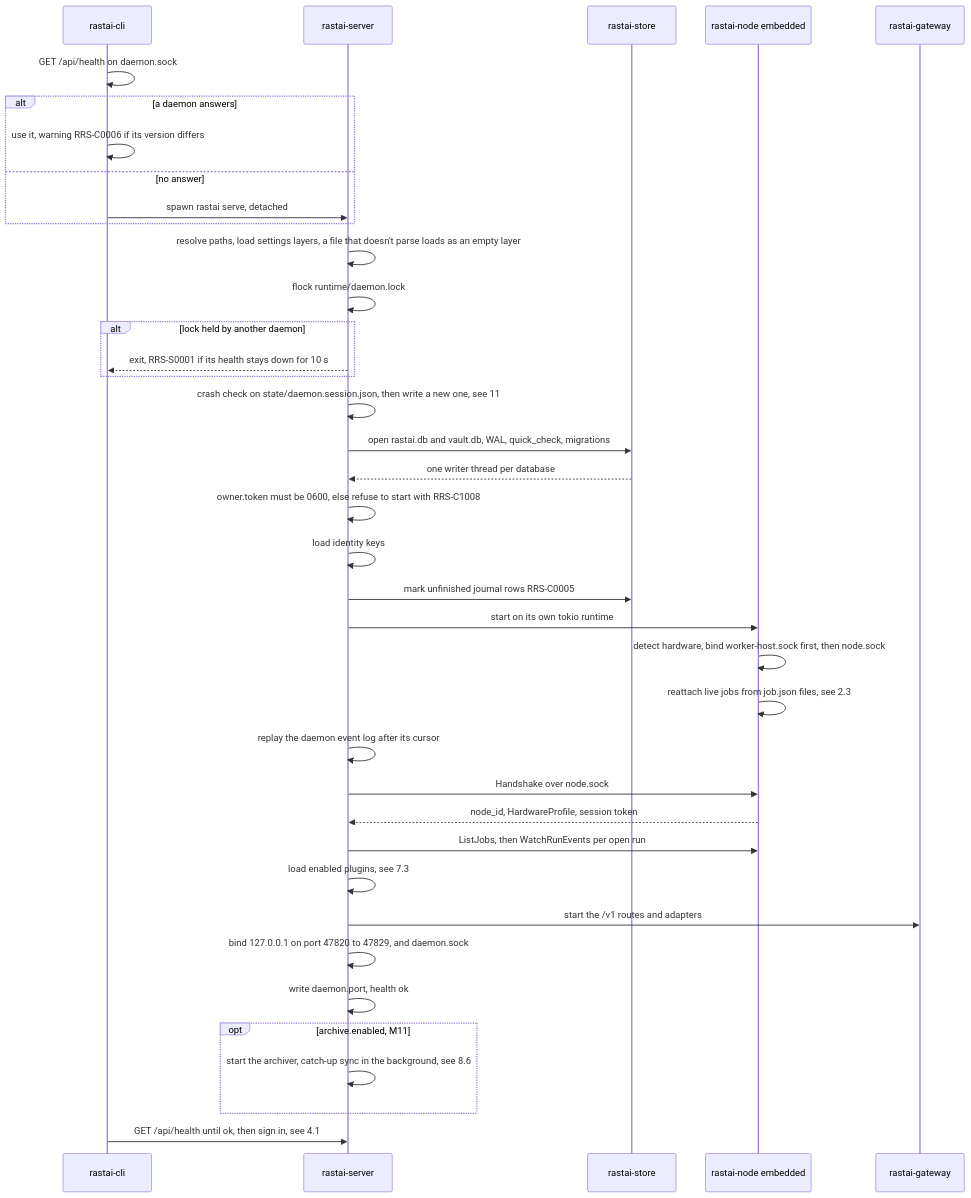
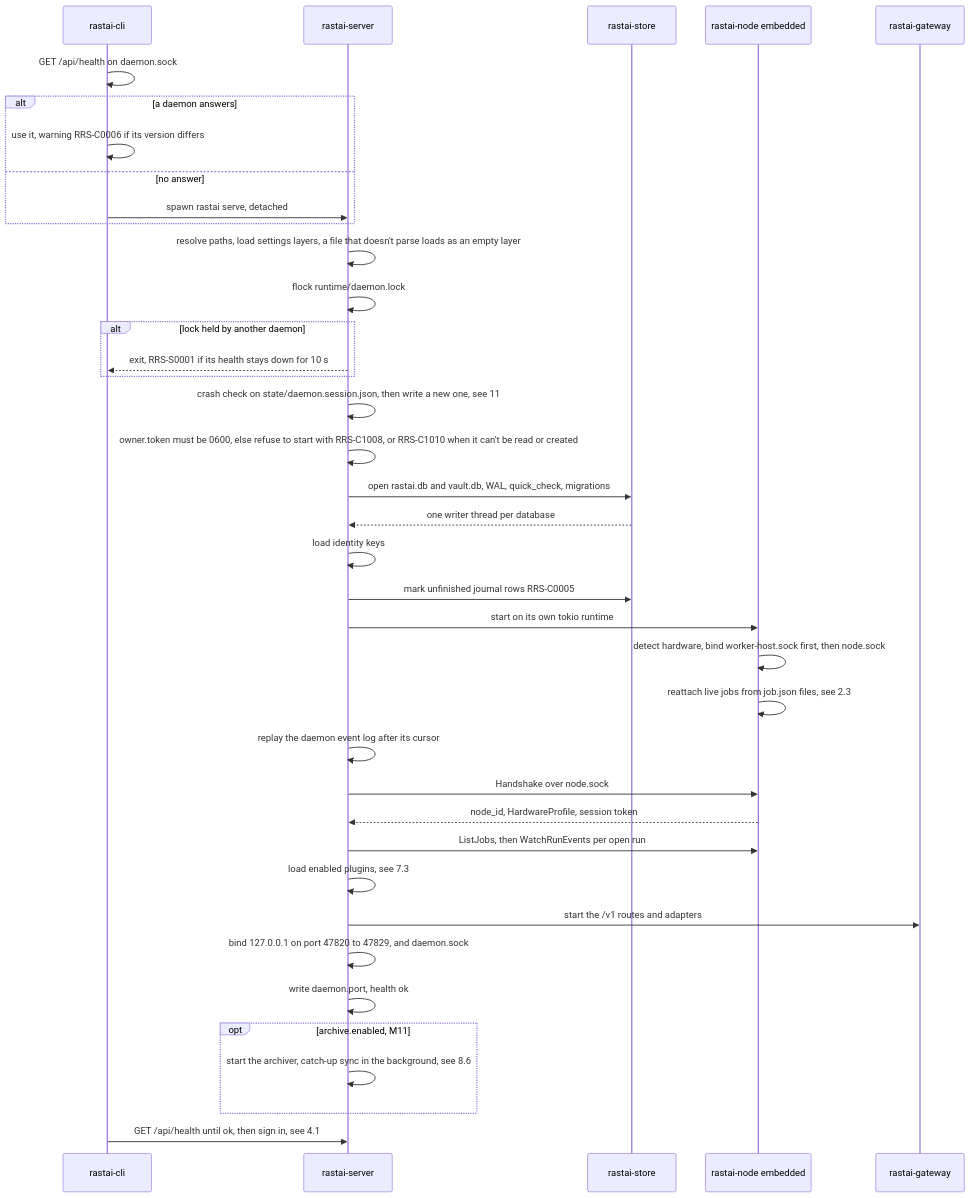
The eighth of 55 diagrams in docs/architecture/flows/platform.md (Snubiss/RASTAI-Research-Studio), drawn with Mermaid before and after one commit. The commit also changed other lines of this file and 27 other files, not shown here.

````diff
--- a/docs/architecture/flows/platform.md
+++ b/docs/architecture/flows/platform.md
@@ -375,40 +375,40 @@
 ```mermaid
 sequenceDiagram
   participant CLI as rastai-cli
   participant SRV as rastai-server
   participant STO as rastai-store
   participant ND as rastai-node embedded
   participant GW as rastai-gateway
   CLI->>CLI: GET /api/health on daemon.sock
   alt a daemon answers
     CLI->>CLI: use it, warning RRS-C0006 if its version differs
   else no answer
     CLI->>SRV: spawn rastai serve, detached
   end
   SRV->>SRV: resolve paths, load settings layers, a file that doesn't parse loads as an empty layer
   SRV->>SRV: flock runtime/daemon.lock
   alt lock held by another daemon
     SRV-->>CLI: exit, RRS-S0001 if its health stays down for 10 s
   end
   SRV->>SRV: crash check on state/daemon.session.json, then write a new one, see 11
+  SRV->>SRV: owner.token must be 0600, else refuse to start with RRS-C1008, or RRS-C1010 when it can't be read or created
   SRV->>STO: open rastai.db and vault.db, WAL, quick_check, migrations
   STO-->>SRV: one writer thread per database
-  SRV->>SRV: owner.token must be 0600, else refuse to start with RRS-C1008
   SRV->>SRV: load identity keys
   SRV->>STO: mark unfinished journal rows RRS-C0005
   SRV->>ND: start on its own tokio runtime
   ND->>ND: detect hardware, bind worker-host.sock first, then node.sock
   ND->>ND: reattach live jobs from job.json files, see 2.3
   SRV->>SRV: replay the daemon event log after its cursor
   SRV->>ND: Handshake over node.sock
   ND-->>SRV: node_id, HardwareProfile, session token
   SRV->>ND: ListJobs, then WatchRunEvents per open run
   SRV->>SRV: load enabled plugins, see 7.3
   SRV->>GW: start the /v1 routes and adapters
   SRV->>SRV: bind 127.0.0.1 on port 47820 to 47829, and daemon.sock
   SRV->>SRV: write daemon.port, health ok
   opt archive.enabled, M11
     SRV->>SRV: start the archiver, catch-up sync in the background, see 8.6
   end
   CLI->>SRV: GET /api/health until ok, then sign in, see 4.1
 ```
````
